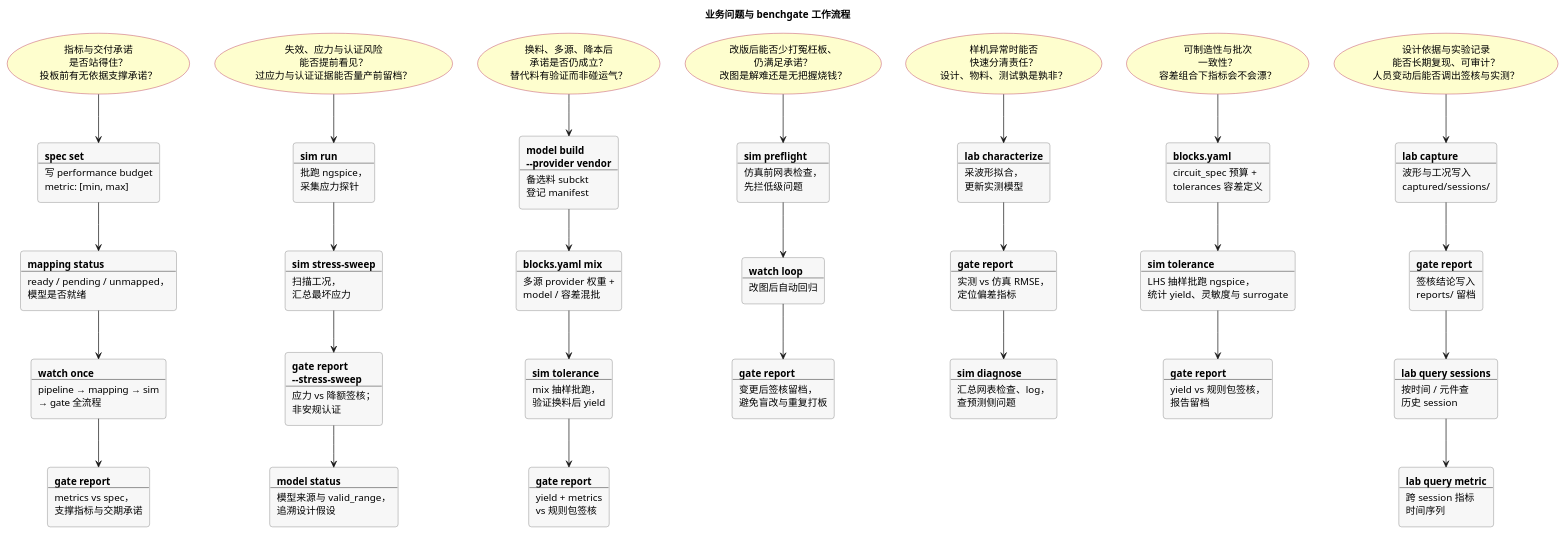
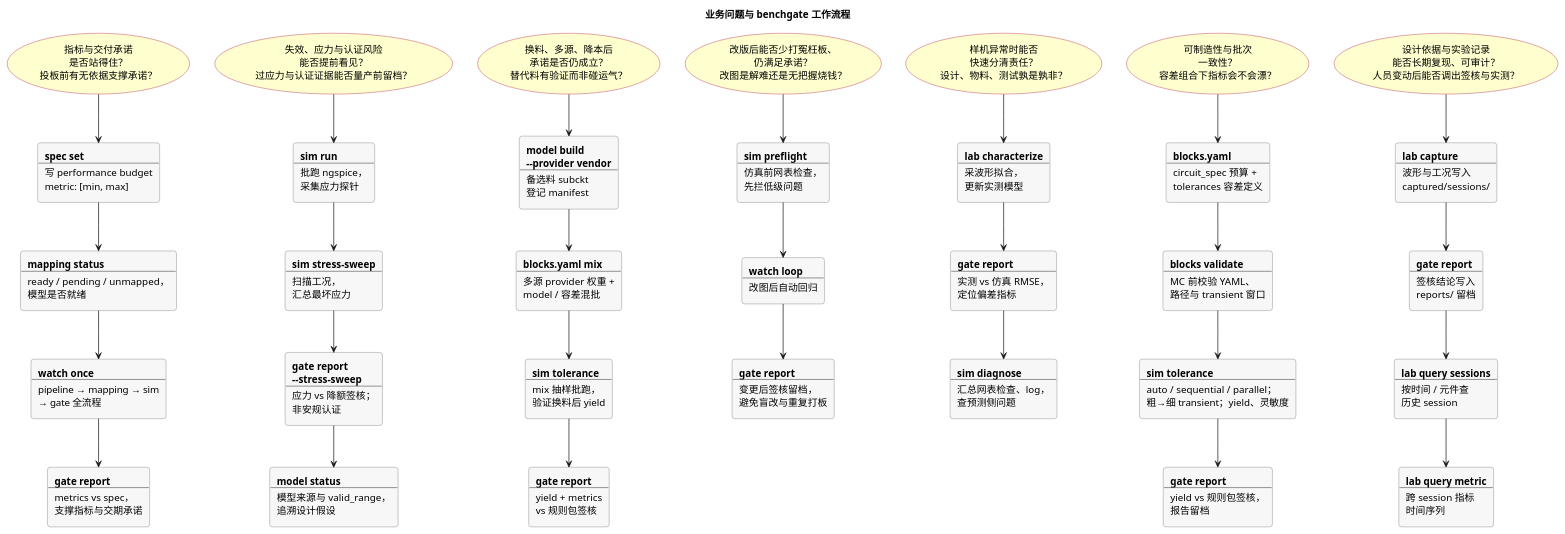
One commit to zhang1career/benchgate changed the diagram in docs/diagrams/cli-usecase.puml. Above: the diagram before and after it, drawn with PlantUML. The commit also changed 11 other files, not shown here.

```diff
--- a/docs/diagrams/cli-usecase.puml
+++ b/docs/diagrams/cli-usecase.puml
@@ -12,7 +12,7 @@
 ' 合并：指标预算+承诺交期 | 应力+失效认证 | 改图验证+改版成本 | 实验复现+争议审计
 ' 归类：A 投板前(列1-3) · B 迭代样机(列4-5) · C 量产与追溯(列6-7)
 ' 排序：按风险暴露时机，投板前 → 样机迭代 → 量产/组织
-' 完整 CLI 索引见 command-map.puml
+' 完整 CLI 索引见 command-tree.puml · CLI_REFERENCE.md
 
 left to right direction
 
@@ -183,11 +183,17 @@
     circuit_spec 预算 +
     tolerances 容差定义
   ]
+  rectangle blk_val #F7F7F7;line:666666 [
+    **blocks validate**
+    ----
+    MC 前校验 YAML、
+    路径与 transient 窗口
+  ]
   rectangle tol #F7F7F7;line:666666 [
     **sim tolerance**
     ----
-    LHS 抽样批跑 ngspice，
-    统计 yield、灵敏度与 surrogate
+    auto / sequential / parallel；
+    粗→细 transient；yield、灵敏度
   ]
   rectangle g6 #F7F7F7;line:666666 [
     **gate report**
@@ -196,7 +202,8 @@
     报告留档
   ]
   P6 -down-> blk
-  blk -down-> tol
+  blk -down-> blk_val
+  blk_val -down-> tol
   tol -down-> g6
 }
 
```
